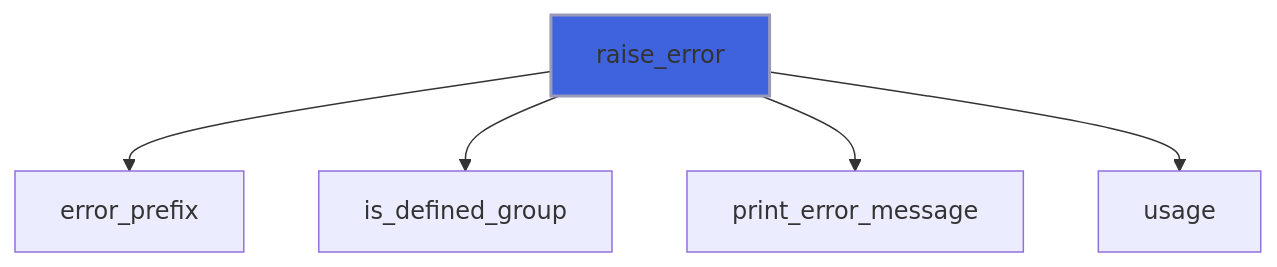
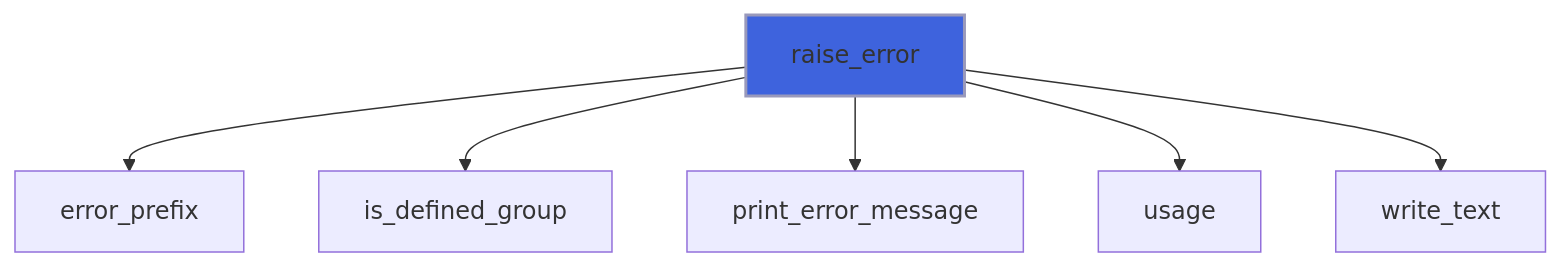
Before and after one commit to szaghi/FLAP: diagram 47 of 57 in docs/api/src/lib/flap_command_line_interface_t.md, drawn with Mermaid. The commit also changed other lines of this file and 7 other files, not shown here.

````diff
--- a/docs/api/src/lib/flap_command_line_interface_t.md
+++ b/docs/api/src/lib/flap_command_line_interface_t.md
@@ -1797,8 +1798,9 @@
 ```mermaid
 flowchart TD
   raise_error["raise_error"] --> error_prefix["error_prefix"]
   raise_error["raise_error"] --> is_defined_group["is_defined_group"]
   raise_error["raise_error"] --> print_error_message["print_error_message"]
   raise_error["raise_error"] --> usage["usage"]
+  raise_error["raise_error"] --> write_text["write_text"]
   style raise_error fill:#3e63dd,stroke:#99b,stroke-width:2px
 ```
````
